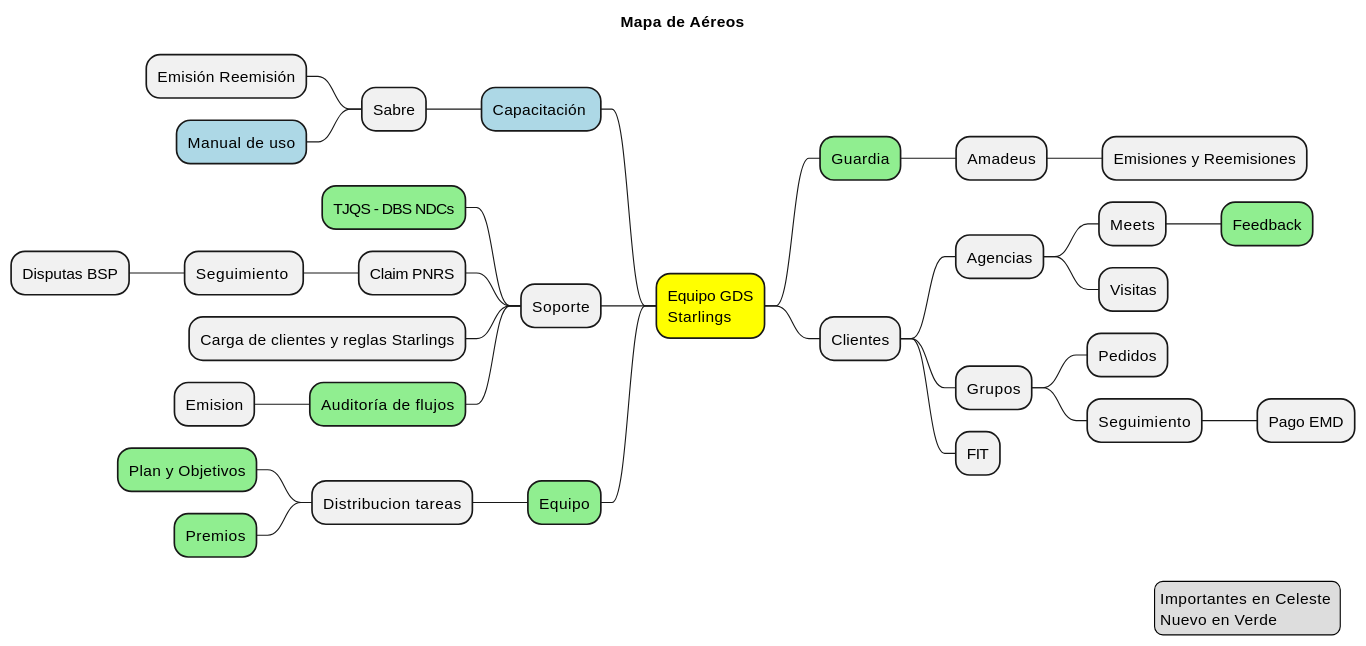
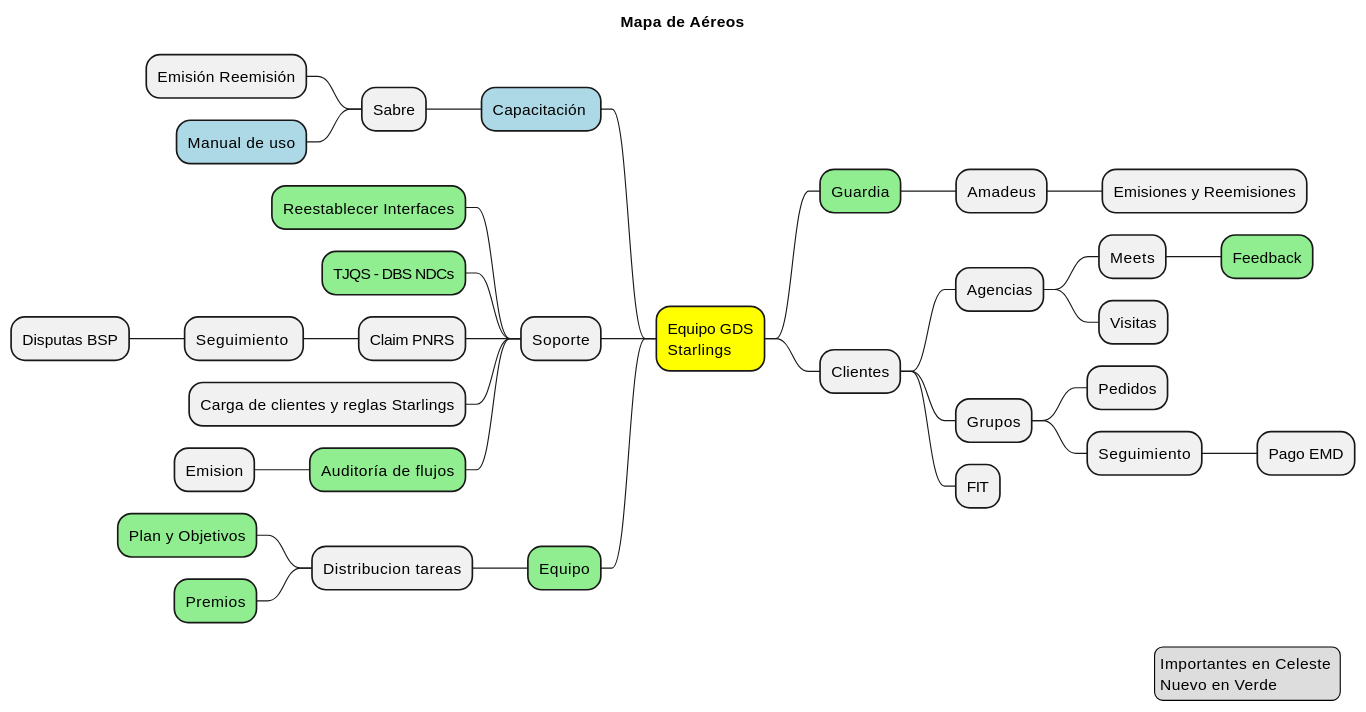
One commit to MarcoCenturion/Linux changed the diagram in planuml_procesos.md. Above: the diagram before and after it, drawn with PlantUML.

Commit message:
guitar tuner

````diff
--- a/planuml_procesos.md
+++ b/planuml_procesos.md
@@ -1,41 +1,42 @@
 ```plantuml
 @startmindmap
 title Mapa de Aéreos
 *[#yellow] Equipo GDS\nStarlings
 **[#lightgreen]  Guardia
 *** Amadeus
 **** Emisiones y Reemisiones
 ** Clientes
 *** Agencias
 **** Meets
 *****[#lightgreen] Feedback
 **** Visitas
 *** Grupos
 **** Pedidos
 **** Seguimiento
 ***** Pago EMD
 *** FIT
 
 left side
 **[#lightblue] Capacitación 
 *** Sabre
 **** Emisión Reemisión
 ****[#lightblue] Manual de uso
 ** Soporte
+***[#lightgreen] Reestablecer Interfaces
 ***[#lightgreen] TJQS - DBS NDCs
 *** Claim PNRS
 **** Seguimiento 
 ***** Disputas BSP
 *** Carga de clientes y reglas Starlings
 ***[#lightgreen] Auditoría de flujos
 **** Emision
 **[#lightgreen] Equipo
 *** Distribucion tareas
 ****[#lightgreen]  Plan y Objetivos
 ****[#lightgreen]  Premios
 legend right
    Importantes en Celeste 
    Nuevo en Verde  
 endlegend
 @endmindmapp
 ```
````
